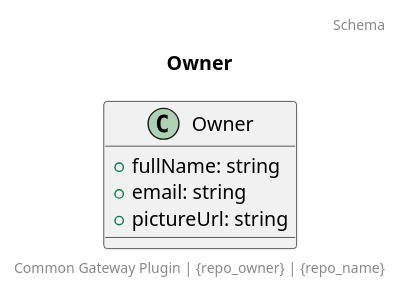
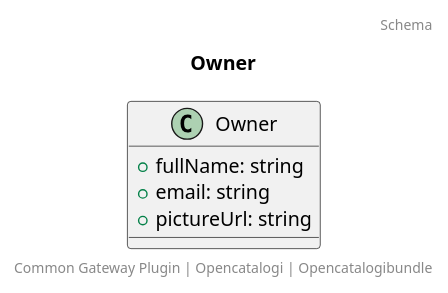
Before and after one commit to OpenCatalogi/OpenCatalogiBundle: the diagram in docs/schema/Owner.puml, drawn with PlantUML. The commit also changed 30 other files, not shown here.

```diff
--- a/docs/schema/Owner.puml
+++ b/docs/schema/Owner.puml
@@ -1,11 +1,11 @@
 @startuml
 title: Owner
-footer: Common Gateway Plugin | {repo_owner} | {repo_name} 
+footer: Common Gateway Plugin | Opencatalogi | Opencatalogibundle 
 header: Schema
 
 class Owner {
   + fullName: string
   + email: string
   + pictureUrl: string
 }
 @enduml
```
